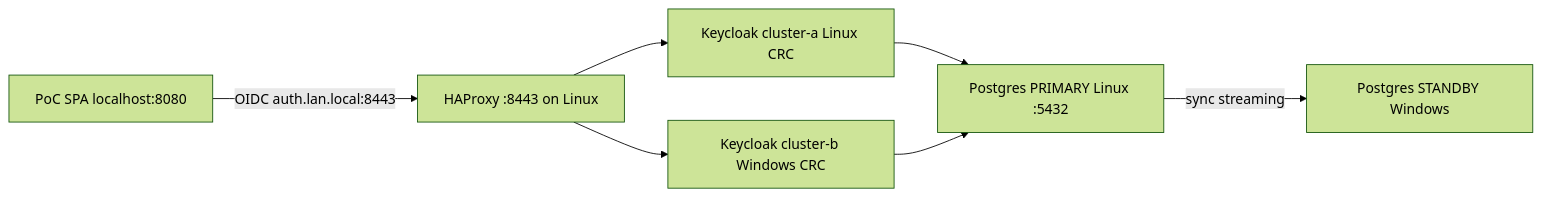
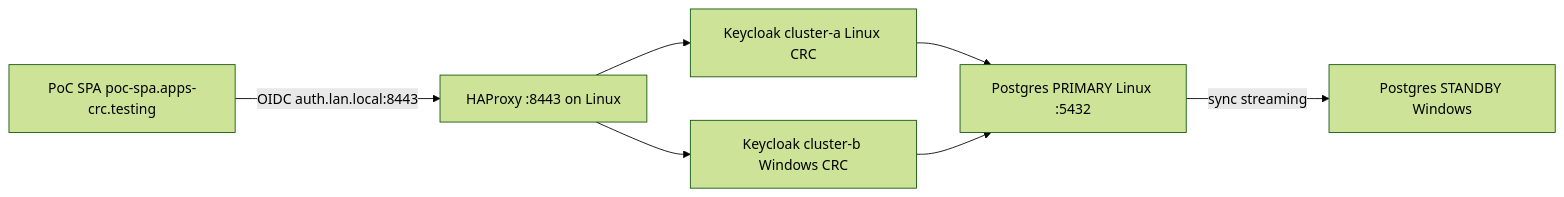
One commit to Jerczey/rhbk-multi-cluster-v2 changed the diagram in README.md. Above: the diagram before and after it, drawn with Mermaid (forest theme). The commit also changed other lines of this file and 9 other files, not shown here.

First line of the commit message:
feat: run PoC SPA as nginx pod on CRC without host npm

````diff
--- a/README.md
+++ b/README.md
@@ -36,9 +36,9 @@
 ```mermaid
 flowchart LR
-  SPA[PoC SPA localhost:8080] -->|"OIDC auth.lan.local:8443"| LB[HAProxy :8443 on Linux]
+  SPA[PoC SPA poc-spa.apps-crc.testing] -->|"OIDC auth.lan.local:8443"| LB[HAProxy :8443 on Linux]
   LB --> KCA[Keycloak cluster-a Linux CRC]
   LB --> KCB[Keycloak cluster-b Windows CRC]
   KCA --> PGA[Postgres PRIMARY Linux :5432]
   KCB --> PGA
   PGA -->|sync streaming| PGB[Postgres STANDBY Windows]
 ```
````
